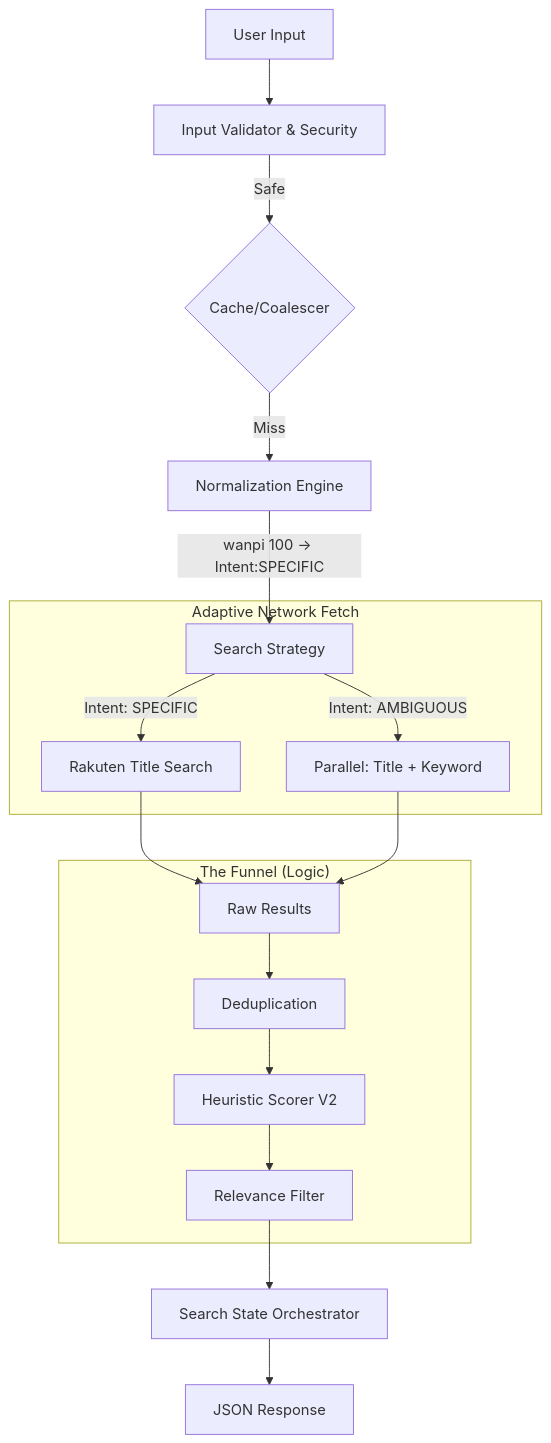
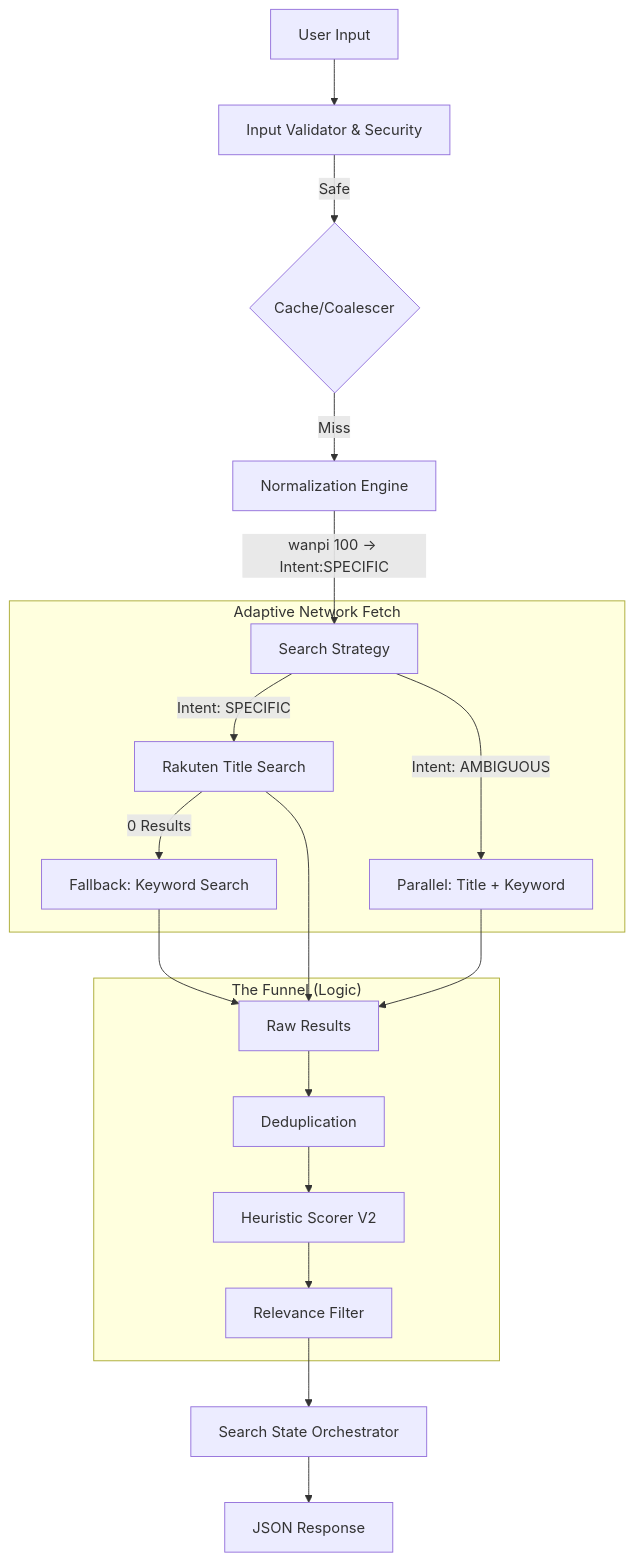
Before and after one commit to sakololo/the-five: the diagram in docs/SEARCH_MASTER_PLAN.md, drawn with Mermaid. The commit also changed other lines of this file, not shown here.

Commit message:
docs: implement soft fallback and define blocklist location

````diff
--- a/docs/SEARCH_MASTER_PLAN.md
+++ b/docs/SEARCH_MASTER_PLAN.md
@@ -19,24 +19,25 @@
 ```mermaid
 graph TD
     UserQuery[User Input] --> Validator[Input Validator & Security]
     Validator --> |Safe| Cache{Cache/Coalescer}
     
     Cache --> |Miss| Normalizer[Normalization Engine]
     Normalizer --> |"wanpi 100" -> Intent:SPECIFIC| SearchStrat[Search Strategy]
     
     subgraph "Adaptive Network Fetch"
         SearchStrat --> |Intent: SPECIFIC| API_Title[Rakuten Title Search]
+        API_Title --> |0 Results| API_Fallback[Fallback: Keyword Search]
         SearchStrat --> |Intent: AMBIGUOUS| API_Parallel[Parallel: Title + Keyword]
     end
     
-    API_Title & API_Parallel --> RawResults[Raw Results]
+    API_Title & API_Parallel & API_Fallback --> RawResults[Raw Results]
     
     subgraph "The Funnel (Logic)"
         RawResults --> Dedupe[Deduplication]
         Dedupe --> Scorer[Heuristic Scorer V2]
         Scorer --> Filter[Relevance Filter]
     end
     
     Filter --> StateMachine[Search State Orchestrator]
     StateMachine --> FinalResponse[JSON Response]
 ```
````
